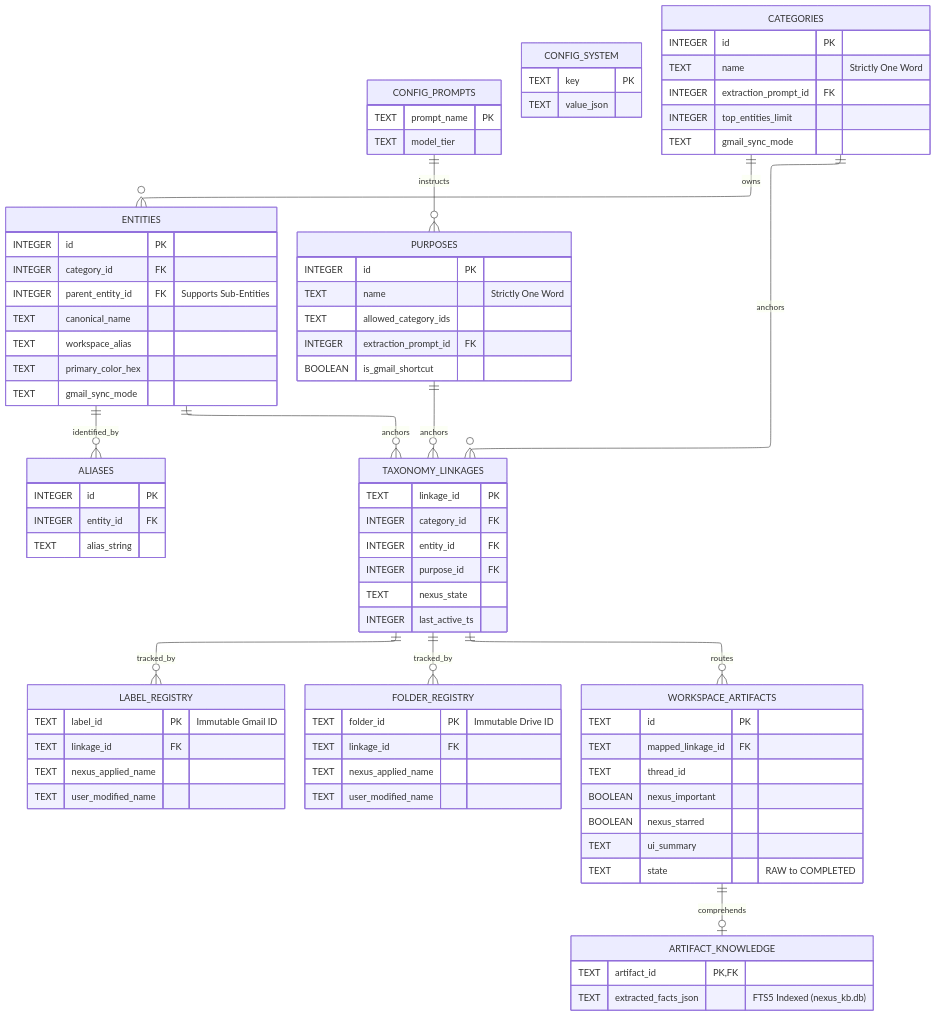
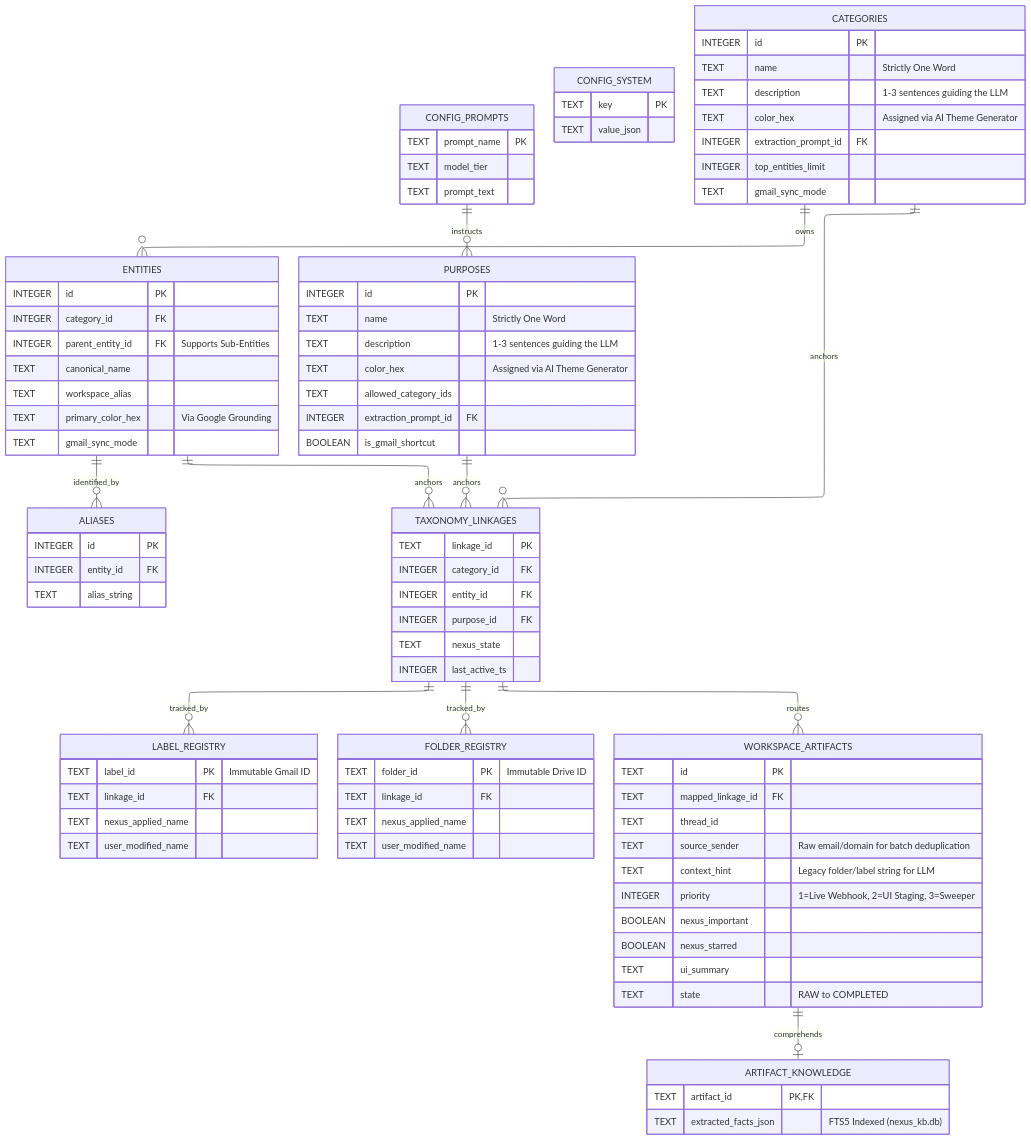
One commit to FrankXLT/Nexus-for-Google changed the diagram in arch_docs/02_DATA_ONTOLOGY.md. Above: the diagram before and after it, drawn with Mermaid. The commit also changed 7 other files, not shown here.

```diff
--- a/arch_docs/02_DATA_ONTOLOGY.md
+++ b/arch_docs/02_DATA_ONTOLOGY.md
@@ -37,6 +37,7 @@
     CONFIG_PROMPTS {
         TEXT prompt_name PK ""
         TEXT model_tier ""
+        TEXT prompt_text ""
     }
     CONFIG_SYSTEM {
         TEXT key PK ""
@@ -45,6 +46,8 @@
     CATEGORIES {
         INTEGER id PK ""
         TEXT name "Strictly One Word"
+        TEXT description "1-3 sentences guiding the LLM"
+        TEXT color_hex "Assigned via AI Theme Generator"
         INTEGER extraction_prompt_id FK ""
         INTEGER top_entities_limit ""
         TEXT gmail_sync_mode ""
@@ -55,7 +58,7 @@
         INTEGER parent_entity_id FK "Supports Sub-Entities"
         TEXT canonical_name ""
         TEXT workspace_alias ""
-        TEXT primary_color_hex ""
+        TEXT primary_color_hex "Via Google Grounding"
         TEXT gmail_sync_mode ""
     }
     ALIASES {
@@ -66,6 +69,8 @@
     PURPOSES {
         INTEGER id PK ""
         TEXT name "Strictly One Word"
+        TEXT description "1-3 sentences guiding the LLM"
+        TEXT color_hex "Assigned via AI Theme Generator"
         TEXT allowed_category_ids ""
         INTEGER extraction_prompt_id FK ""
         BOOLEAN is_gmail_shortcut ""
@@ -94,6 +99,9 @@
         TEXT id PK ""
         TEXT mapped_linkage_id FK ""
         TEXT thread_id ""
+        TEXT source_sender "Raw email/domain for batch deduplication"
+        TEXT context_hint "Legacy folder/label string for LLM"
+        INTEGER priority "1=Live Webhook, 2=UI Staging, 3=Sweeper"
         BOOLEAN nexus_important ""
         BOOLEAN nexus_starred ""
         TEXT ui_summary ""
```
